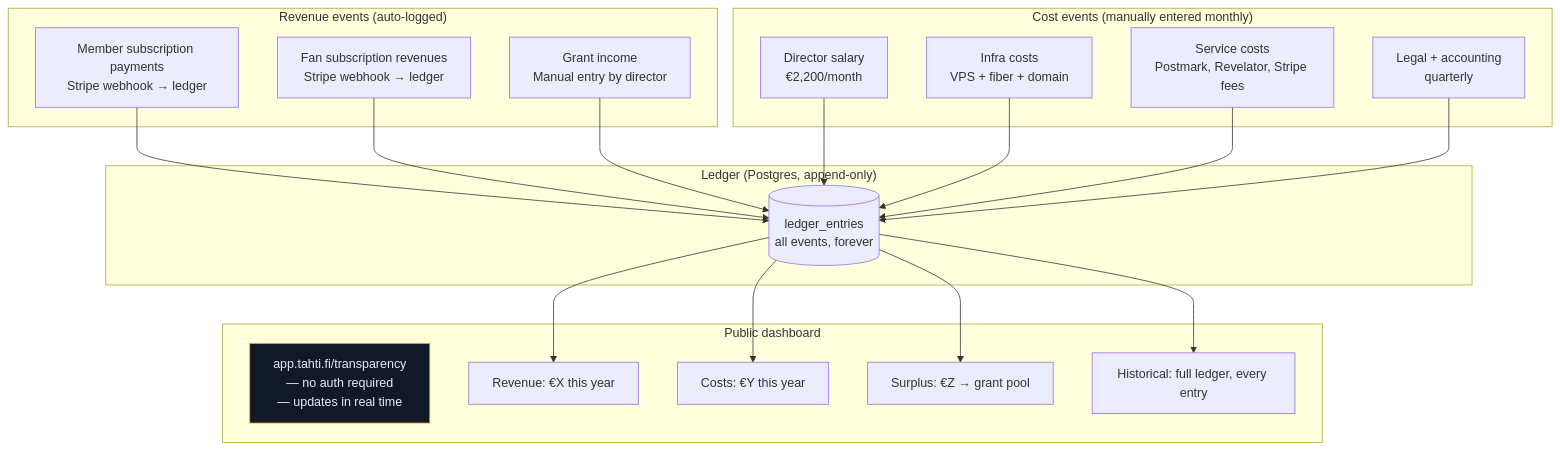
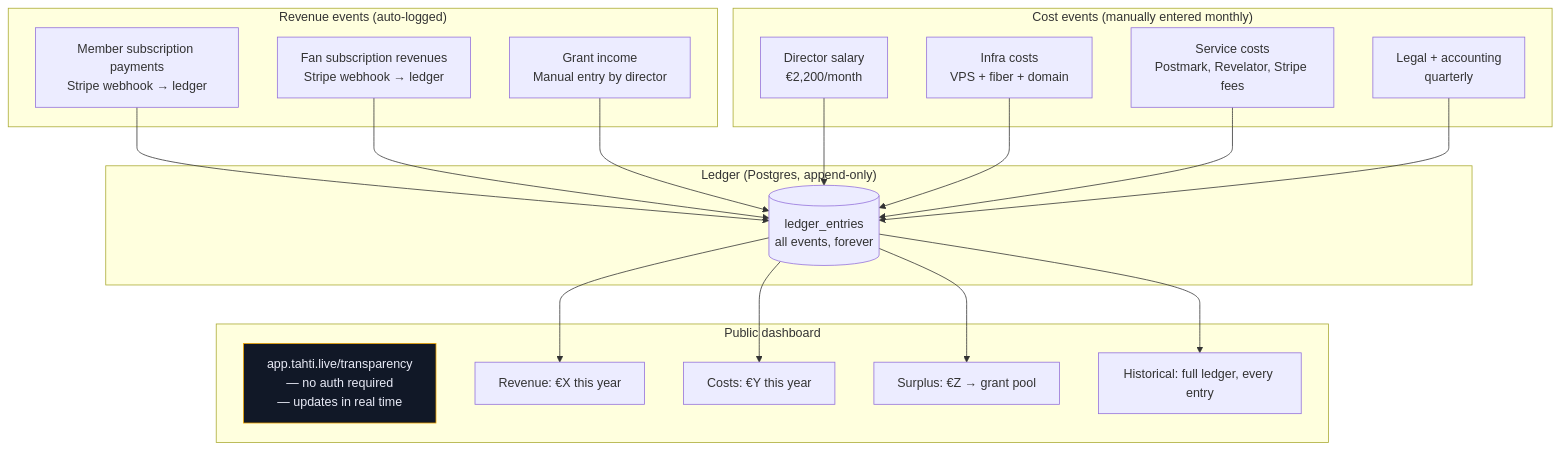
Before and after one commit to janiluuk/tahti-org: the fourth of 8 diagrams in docs/technical/journey-director.md, drawn with Mermaid. The commit also changed other lines of this file and 148 other files, not shown here.

First line of the commit message:
feat(m10): member governance, chat polish, domain rename to tahti.live

````diff
--- a/docs/technical/journey-director.md
+++ b/docs/technical/journey-director.md
@@ -112,34 +112,34 @@
 ```mermaid
 flowchart TD
     subgraph "Revenue events (auto-logged)"
         R1[Member subscription payments\nStripe webhook → ledger]
         R2[Fan subscription revenues\nStripe webhook → ledger]
         R3[Grant income\nManual entry by director]
     end
 
     subgraph "Cost events (manually entered monthly)"
         C1[Director salary\n€2,200/month]
         C2[Infra costs\nVPS + fiber + domain]
         C3[Service costs\nPostmark, Revelator, Stripe fees]
         C4[Legal + accounting\nquarterly]
     end
 
     subgraph "Ledger (Postgres, append-only)"
         LE[(ledger_entries\nall events, forever)]
     end
 
     subgraph "Public dashboard"
-        PD[app.tahti.fi/transparency\n— no auth required\n— updates in real time]
+        PD[app.tahti.live/transparency\n— no auth required\n— updates in real time]
 
         PD_REV[Revenue: €X this year]
         PD_COST[Costs: €Y this year]
         PD_SURPLUS[Surplus: €Z → grant pool]
         PD_HIST[Historical: full ledger, every entry]
     end
 
     R1 & R2 & R3 --> LE
     C1 & C2 & C3 & C4 --> LE
     LE --> PD_REV & PD_COST & PD_SURPLUS & PD_HIST
 
     style PD fill:#111827,stroke:#f0a500,color:#e8eaf6
 ```
````
